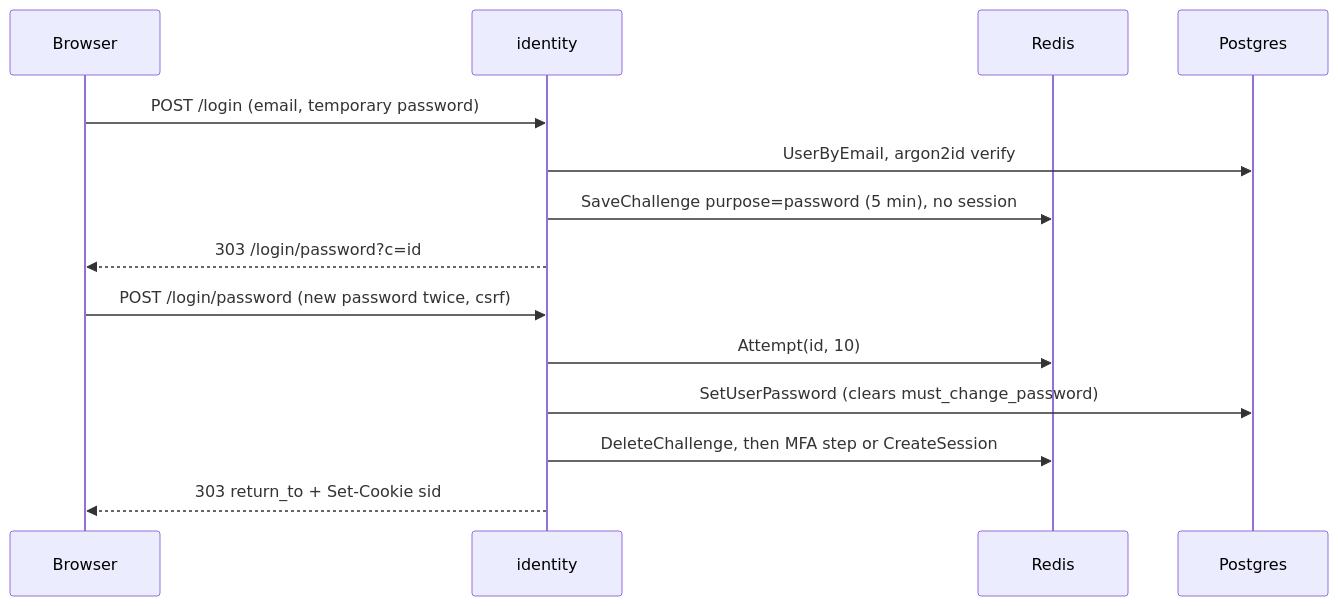
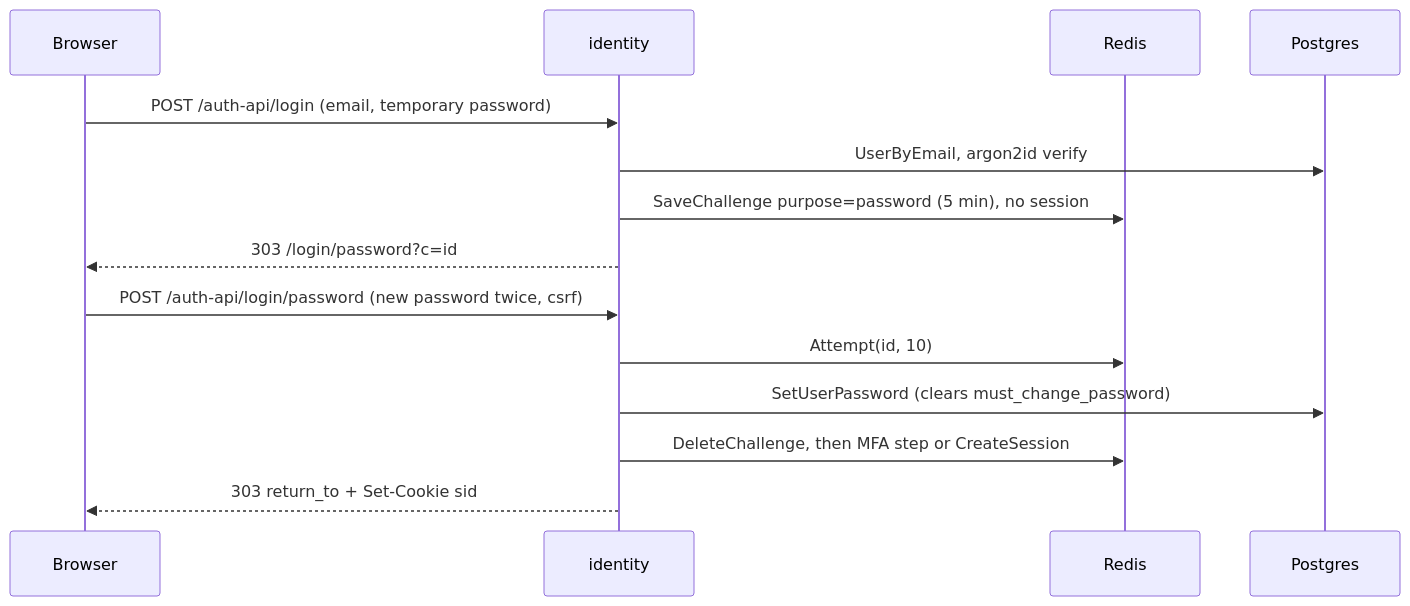
The fifth of 21 diagrams in docs/flows.md (huponx/identity), drawn with Mermaid before and after one commit. The commit also changed other lines of this file and 32 other files, not shown here.

````diff
--- a/docs/flows.md
+++ b/docs/flows.md
@@ -282,17 +298,17 @@
 ```mermaid
 sequenceDiagram
     participant B as Browser
     participant I as identity
     participant R as Redis
     participant P as Postgres
 
-    B->>I: POST /login (email, temporary password)
+    B->>I: POST /auth-api/login (email, temporary password)
     I->>P: UserByEmail, argon2id verify
     I->>R: SaveChallenge purpose=password (5 min), no session
     I-->>B: 303 /login/password?c=id
-    B->>I: POST /login/password (new password twice, csrf)
+    B->>I: POST /auth-api/login/password (new password twice, csrf)
     I->>R: Attempt(id, 10)
     I->>P: SetUserPassword (clears must_change_password)
     I->>R: DeleteChallenge, then MFA step or CreateSession
     I-->>B: 303 return_to + Set-Cookie sid
 ```
````
